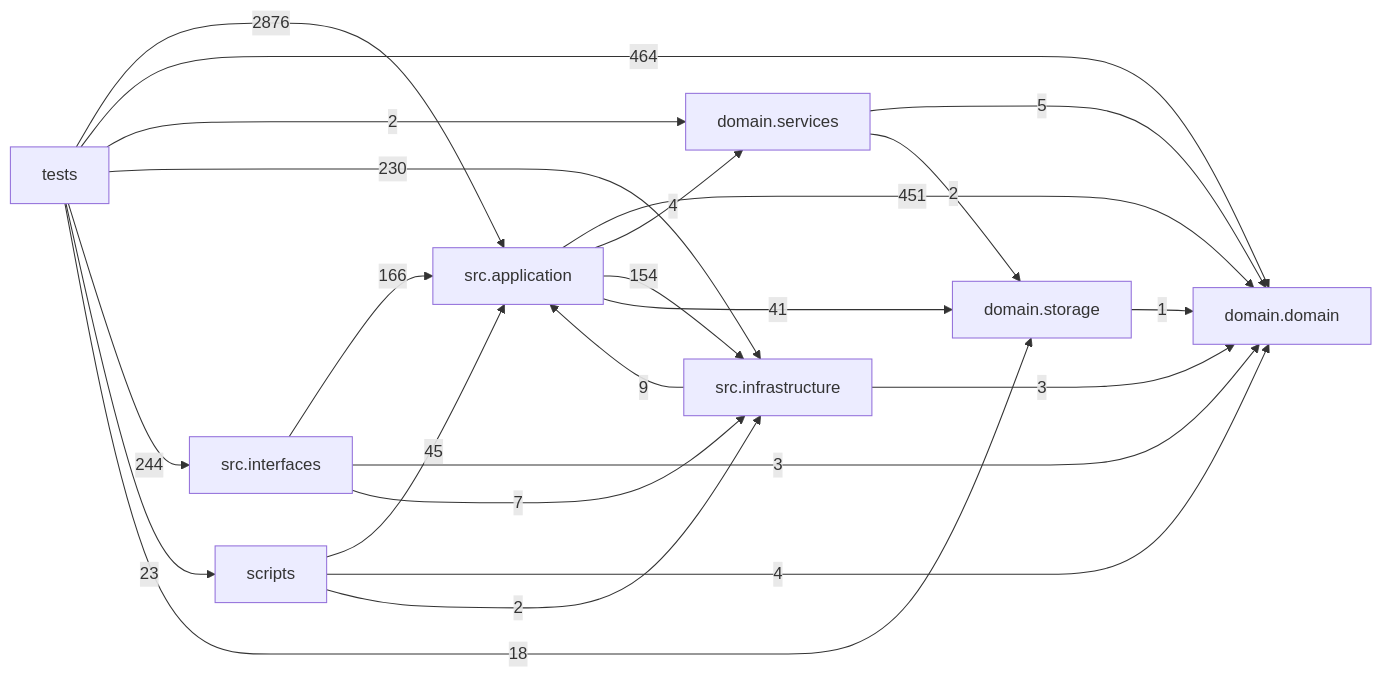
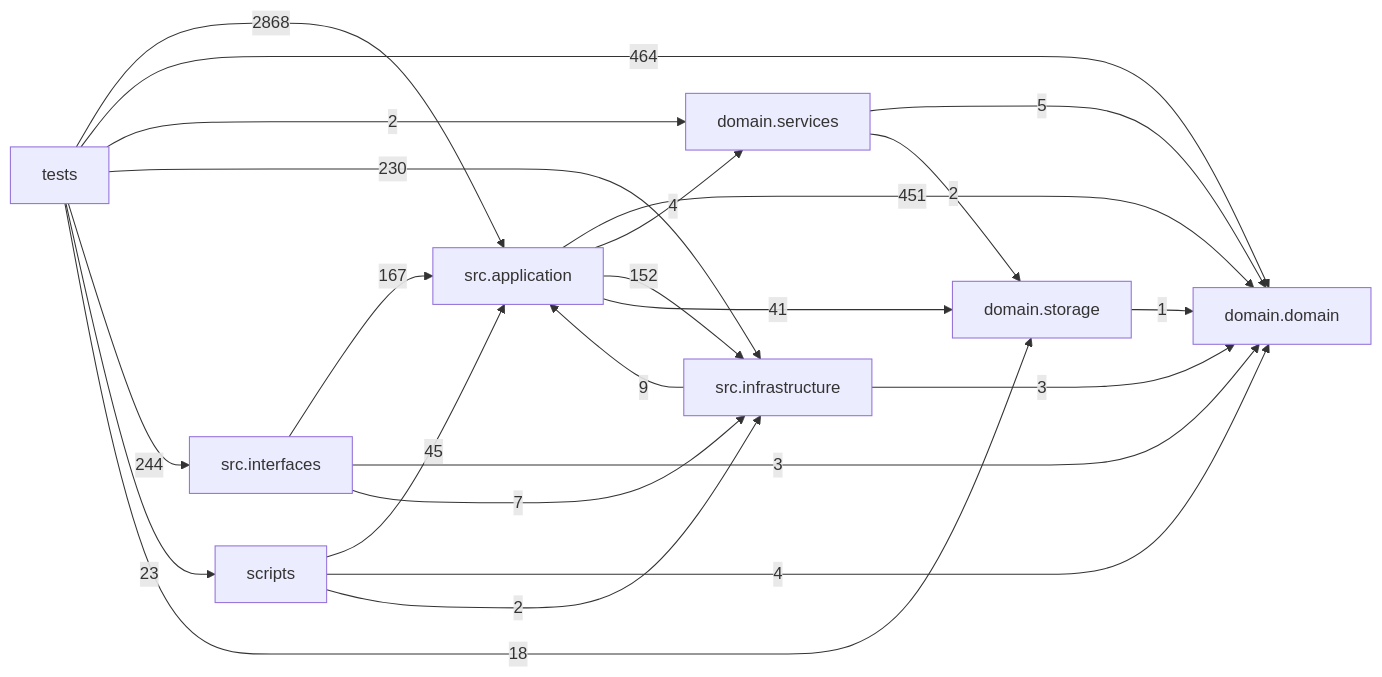
Before and after one commit to liuxie066/options-monitor: the diagram in docs/DEPENDENCY_GRAPH.md, drawn with Mermaid. The commit also changed other lines of this file and 37 other files, not shown here.

````diff
--- a/docs/DEPENDENCY_GRAPH.md
+++ b/docs/DEPENDENCY_GRAPH.md
@@ -24,33 +24,33 @@
 ```mermaid
 flowchart LR
   tests["tests"]
   scripts["scripts"]
   interfaces["src.interfaces"]
   application["src.application"]
   infrastructure["src.infrastructure"]
   domain_services["domain.services"]
   domain["domain.domain"]
   storage["domain.storage"]
   application -->|451| domain
   application -->|4| domain_services
-  application -->|154| infrastructure
+  application -->|152| infrastructure
   application -->|41| storage
   domain_services -->|5| domain
   domain_services -->|2| storage
   infrastructure -->|9| application
   infrastructure -->|3| domain
-  interfaces -->|166| application
+  interfaces -->|167| application
   interfaces -->|3| domain
   interfaces -->|7| infrastructure
   scripts -->|45| application
   scripts -->|4| domain
   scripts -->|2| infrastructure
   storage -->|1| domain
-  tests -->|2876| application
+  tests -->|2868| application
   tests -->|464| domain
   tests -->|2| domain_services
   tests -->|230| infrastructure
   tests -->|244| interfaces
   tests -->|23| scripts
   tests -->|18| storage
 ```
````
